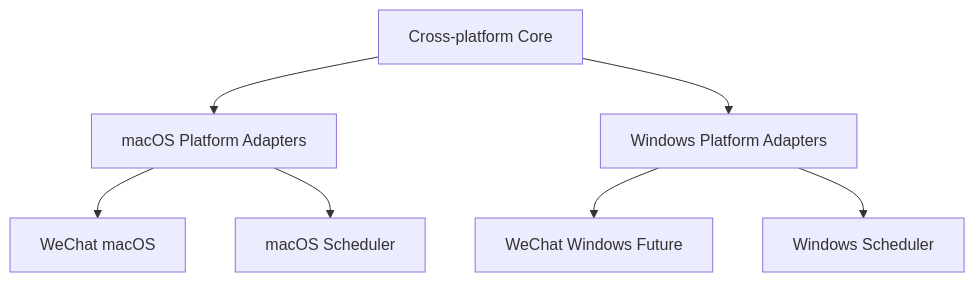
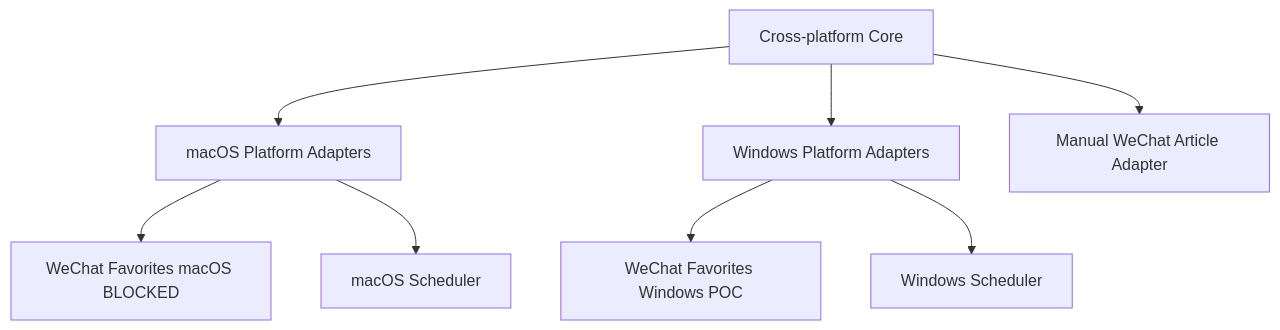
One commit to liuzihan314-wq/personal-ai-kb changed the third of 3 diagrams in ARCHITECTURE.md. Above: the diagram before and after it, drawn with Mermaid. The commit also changed other lines of this file and 5 other files, not shown here.

````diff
--- a/ARCHITECTURE.md
+++ b/ARCHITECTURE.md
@@ -345,13 +360,15 @@
 ```mermaid
 flowchart TD
     Core[Cross-platform Core]
 
     Core --> Mac[macOS Platform Adapters]
     Core --> Win[Windows Platform Adapters]
 
-    Mac --> MacWechat[WeChat macOS]
+    Core --> ManualWechat[Manual WeChat Article Adapter]
+
+    Mac --> MacWechat[WeChat Favorites macOS BLOCKED]
     Mac --> MacScheduler[macOS Scheduler]
 
-    Win --> WinWechat[WeChat Windows Future]
+    Win --> WinWechat[WeChat Favorites Windows POC]
     Win --> WinScheduler[Windows Scheduler]
 ```
````
